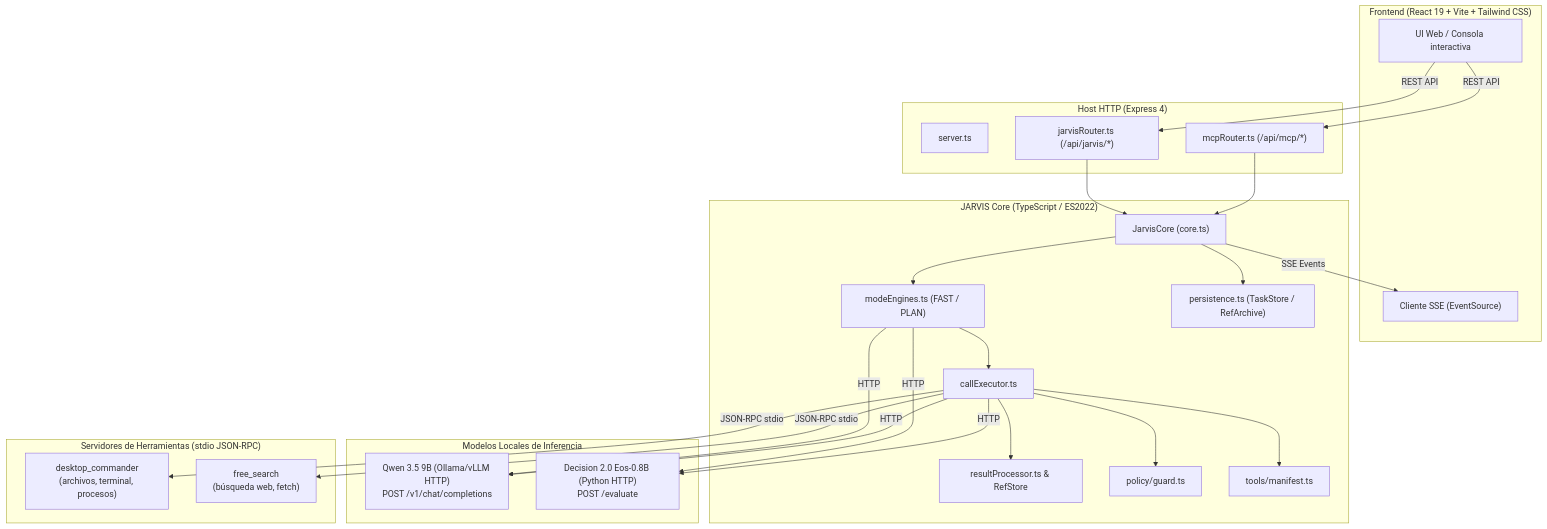
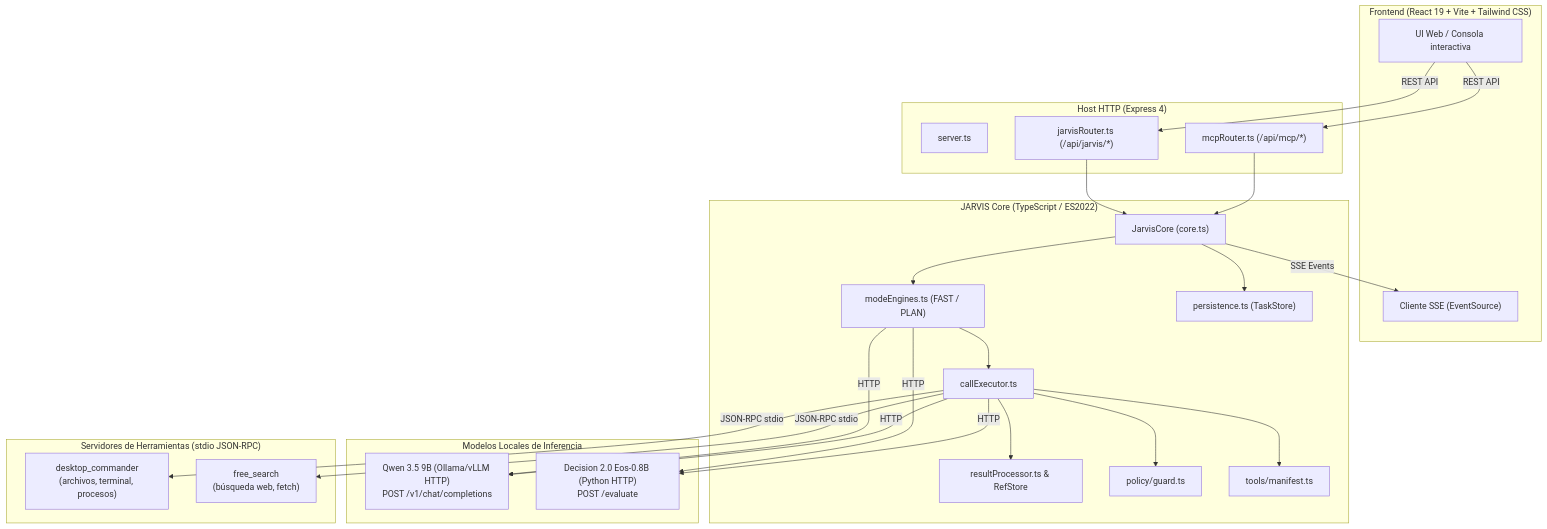
The diagram in docs/ARCHITECTURE.md (HugoFucksmann/jarvv), drawn with Mermaid before and after one commit. The commit also changed other lines of this file and 16 other files, not shown here.

First line of the commit message:
docs: update architecture documentation and metadata

````diff
--- a/docs/ARCHITECTURE.md
+++ b/docs/ARCHITECTURE.md
@@ -28,55 +28,55 @@
 ```mermaid
 flowchart TB
     subgraph UI ["Frontend (React 19 + Vite + Tailwind CSS)"]
         BrowserUI["UI Web / Consola interactiva"]
         EventSourceClient["Cliente SSE (EventSource)"]
     end
 
     subgraph Host ["Host HTTP (Express 4)"]
         Server["server.ts"]
         JarvisRouter["jarvisRouter.ts (/api/jarvis/*)"]
         McpRouter["mcpRouter.ts (/api/mcp/*)"]
     end
 
     subgraph Core ["JARVIS Core (TypeScript / ES2022)"]
         JarvisCore["JarvisCore (core.ts)"]
         ModeEngines["modeEngines.ts (FAST / PLAN)"]
         CallExecutor["callExecutor.ts"]
         ResultProcessor["resultProcessor.ts & RefStore"]
         GuardGate["policy/guard.ts"]
         ManifestRegistry["tools/manifest.ts"]
-        TaskStorage["persistence.ts (TaskStore / RefArchive)"]
+        TaskStorage["persistence.ts (TaskStore)"]
     end
 
     subgraph AI ["Modelos Locales de Inferencia"]
         QwenServer["Qwen 3.5 9B (Ollama/vLLM HTTP)<br/>POST /v1/chat/completions"]
         DecisionServer["Decision 2.0 Eos-0.8B (Python HTTP)<br/>POST /evaluate"]
     end
 
     subgraph MCP ["Servidores de Herramientas (stdio JSON-RPC)"]
         DesktopCommander["desktop_commander<br/>(archivos, terminal, procesos)"]
         FreeSearch["free_search<br/>(búsqueda web, fetch)"]
     end
 
     BrowserUI -->|REST API| JarvisRouter
     BrowserUI -->|REST API| McpRouter
     JarvisRouter --> JarvisCore
     McpRouter --> JarvisCore
     JarvisCore -->|SSE Events| EventSourceClient
 
     JarvisCore --> ModeEngines
     ModeEngines --> CallExecutor
     CallExecutor --> GuardGate
     CallExecutor --> ResultProcessor
     CallExecutor --> ManifestRegistry
 
     CallExecutor -->|JSON-RPC stdio| DesktopCommander
     CallExecutor -->|JSON-RPC stdio| FreeSearch
 
     ModeEngines -->|HTTP| QwenServer
     CallExecutor -->|HTTP| QwenServer
     ModeEngines -->|HTTP| DecisionServer
     CallExecutor -->|HTTP| DecisionServer
 
     JarvisCore --> TaskStorage
 ```
````
